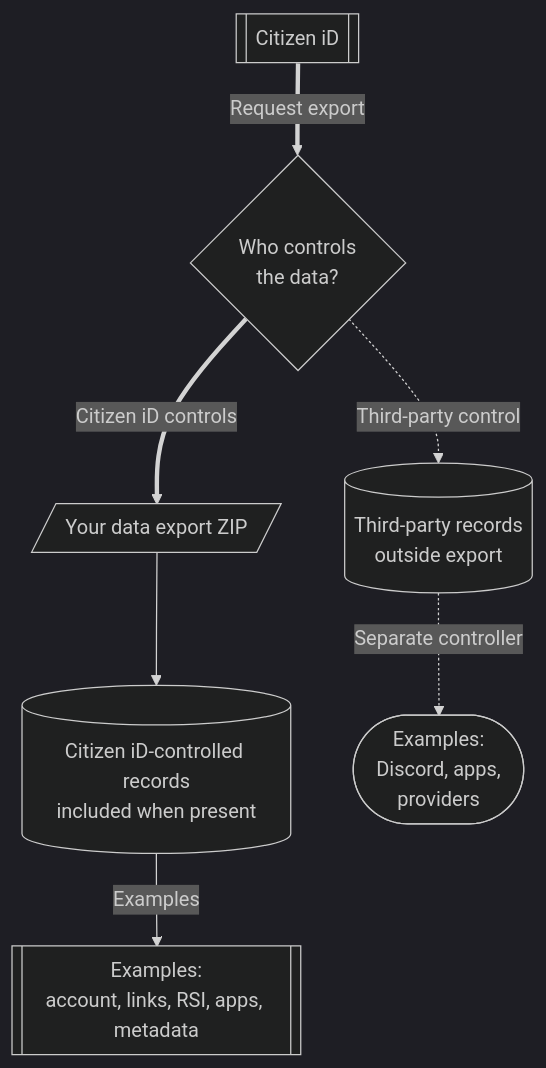
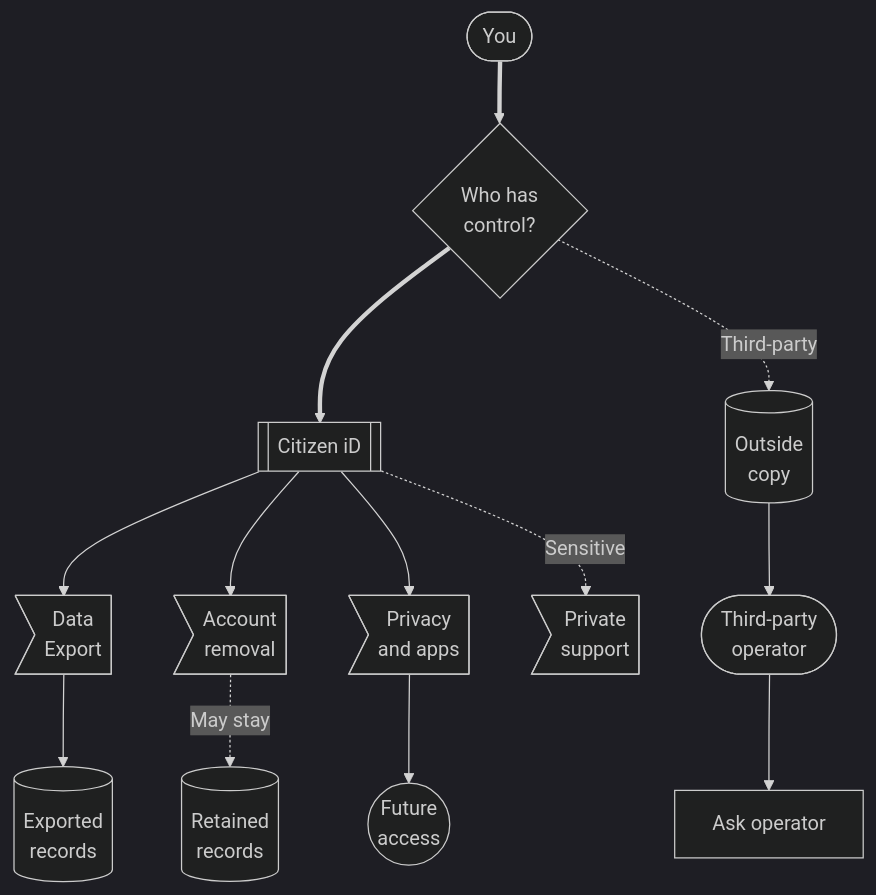
Before and after one commit to ArkanisCorporation/CitizenId-docs: the diagram in docs/players/data-rights.md, drawn with Mermaid (dark theme). The commit also changed other lines of this file and 7 other files, not shown here.

````diff
--- a/docs/players/data-rights.md
+++ b/docs/players/data-rights.md
@@ -17,27 +24,53 @@
 ```mermaid
 flowchart TD
+  you(["You"])
+  owner{"Who has<br/>control?"}
+
   cid[["Citizen iD"]]
-  zip[/Your data export ZIP/]
-  boundary{"Who controls<br/>the data?"}
-  included[(Citizen iD-controlled records<br/>included when present)]
-  outside[(Third-party records<br/>outside export)]
-  contents[["Examples:<br/>account, links, RSI, apps, metadata"]]
-  thirdParties(["Examples:<br/>Discord, apps,<br/>providers"])
+  export>Data<br/>Export]
+  exported[(Exported<br/>records)]
+  removal>"Account<br/>removal"]
+  controls>"Privacy<br/>and apps"]
+  retained[(Retained<br/>records)]
+  future((Future<br/>access))
 
-  cid ==>|Request export| boundary
-  boundary ==>|Citizen iD controls| zip
-  zip --> included
-  included -->|"Examples"| contents
-  boundary -. "Third-party control" .-> outside
-  outside -. "Separate controller" .-> thirdParties
+  support>Private<br/>support]
+  outside[(Outside<br/>copy)]
+  operator(["Third-party<br/>operator"])
+  ask["Ask operator"]
 
+  you ==> owner
+  owner ==> cid
+  owner -. "Third-party" .-> outside
+
+  cid --> export
+  export --> exported
+  cid --> removal
+  removal -. "May stay" .-> retained
+  cid --> controls
+  controls --> future
+
+  outside --> operator
+  operator --> ask
+  cid -. "Sensitive" .-> support
+
+  class you,operator actor;
+  class owner decision;
   class cid service;
-  class boundary decision;
-  class zip,included,contents data;
-  class outside caution;
-  class thirdParties actor;
+  class exported data;
+  class export,removal,controls context;
+  class ask action;
+  class future success;
+  class retained,outside,support caution;
 
-  click cid "/players/website-basics" "Open Website Basics" _self
-  click outside "/players/third-party-apps" "Open Third-Party Apps" _self
-  click thirdParties "/players/third-party-apps" "Open Third-Party Apps" _self
+  click cid "/players/website-basics#account-settings" "Open Account Settings" _self
+  click export "/players/data-rights#download-your-data" "Jump to Download Your Data" _self
+  click exported "/players/data-rights#what-is-included" "Jump to What Is Included" _self
+  click removal "/players/data-rights#request-account-removal" "Jump to Request Account Removal" _self
+  click retained "/players/data-rights#records-that-may-remain" "Jump to Records That May Remain" _self
+  click controls "/players/privacy-controls" "Open Privacy Controls" _self
+  click future "/players/third-party-apps#revoke-access" "Open Revoke Access" _self
+  click outside "/players/data-rights#third-party-copies" "Jump to Third-Party Copies" _self
+  click ask "/players/data-rights#third-party-copies" "Jump to Third-Party Copies" _self
+  click support "/players/getting-help#privacy-and-data" "Open Getting Help" _self
 ```
````
